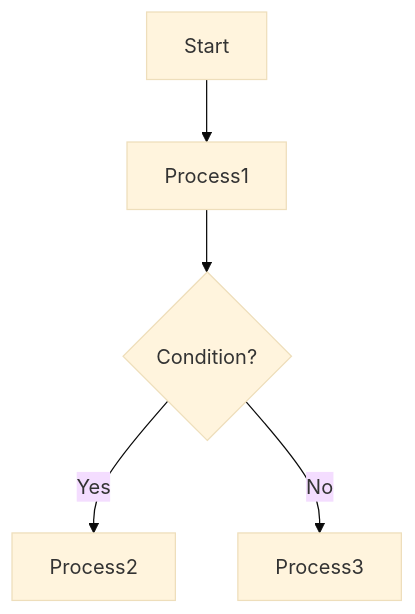
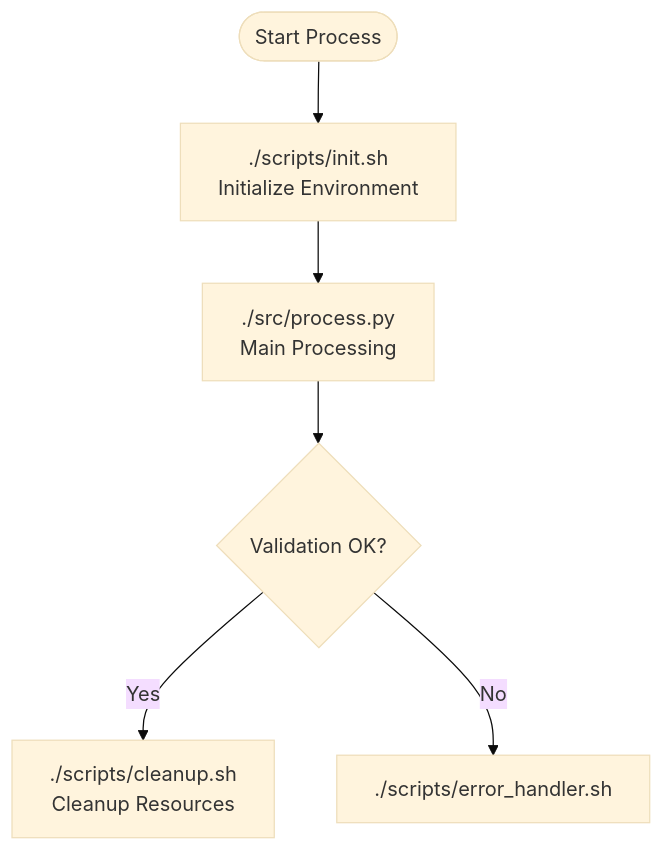
The first of 2 diagrams in llm_project_analysis_prompts/01_comprehensive_project_analysis_prompt.md (simonesgit/llm_prompts), drawn with Mermaid (base theme) before and after one commit. The commit also changed other lines of this file and 3 other files, not shown here.

First line of the commit message:
Add graph validation prompt and enhance script path documentation

````diff
--- a/llm_project_analysis_prompts/01_comprehensive_project_analysis_prompt.md
+++ b/llm_project_analysis_prompts/01_comprehensive_project_analysis_prompt.md
@@ -147,7 +152,14 @@
 ```mermaid
 flowchart TD
-    Start --> Process1
-    Process1 --> Decision{Condition?}
-    Decision -->|Yes| Process2
-    Decision -->|No| Process3
+    Start([Start Process])
+    InitScript["./scripts/init.sh<br/>Initialize Environment"]
+    ProcessScript["./src/process.py<br/>Main Processing"]
+    Decision{Validation OK?}
+    CleanupScript["./scripts/cleanup.sh<br/>Cleanup Resources"]
+    
+    Start --> InitScript
+    InitScript --> ProcessScript
+    ProcessScript --> Decision
+    Decision -->|Yes| CleanupScript
+    Decision -->|No| ErrorHandler["./scripts/error_handler.sh"]
 ```
````
